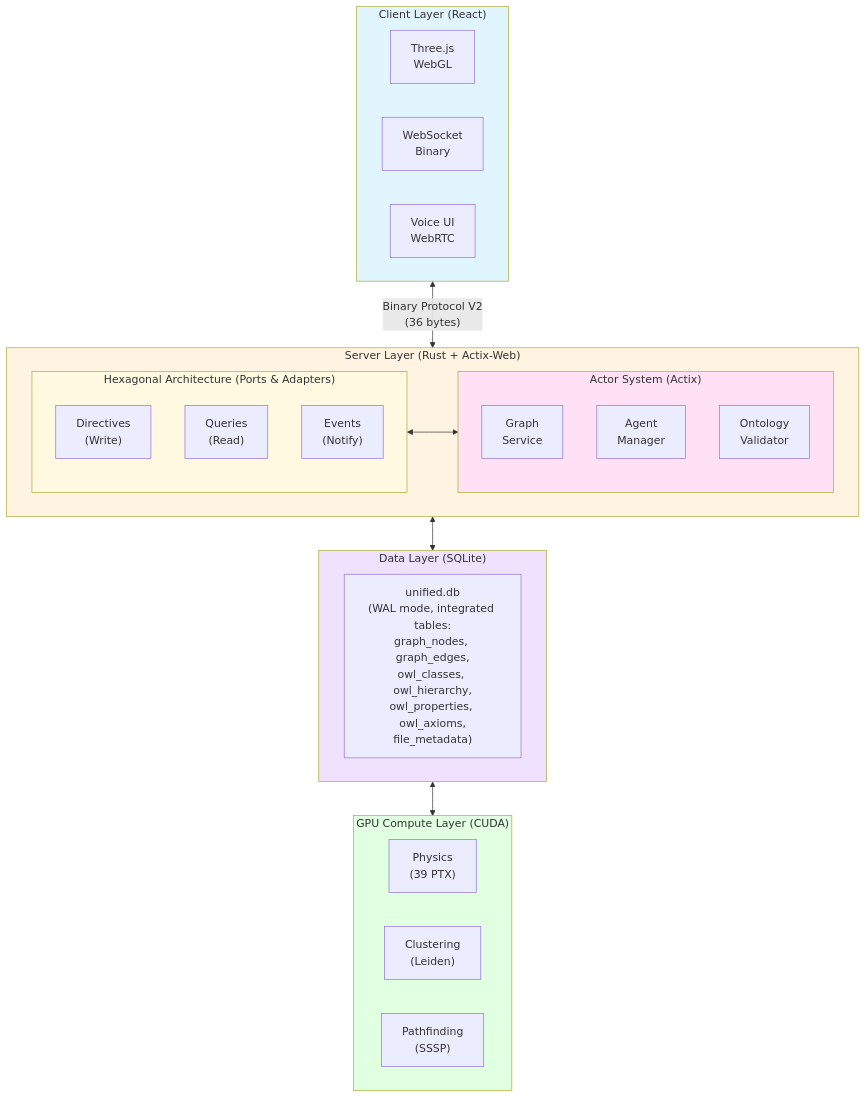
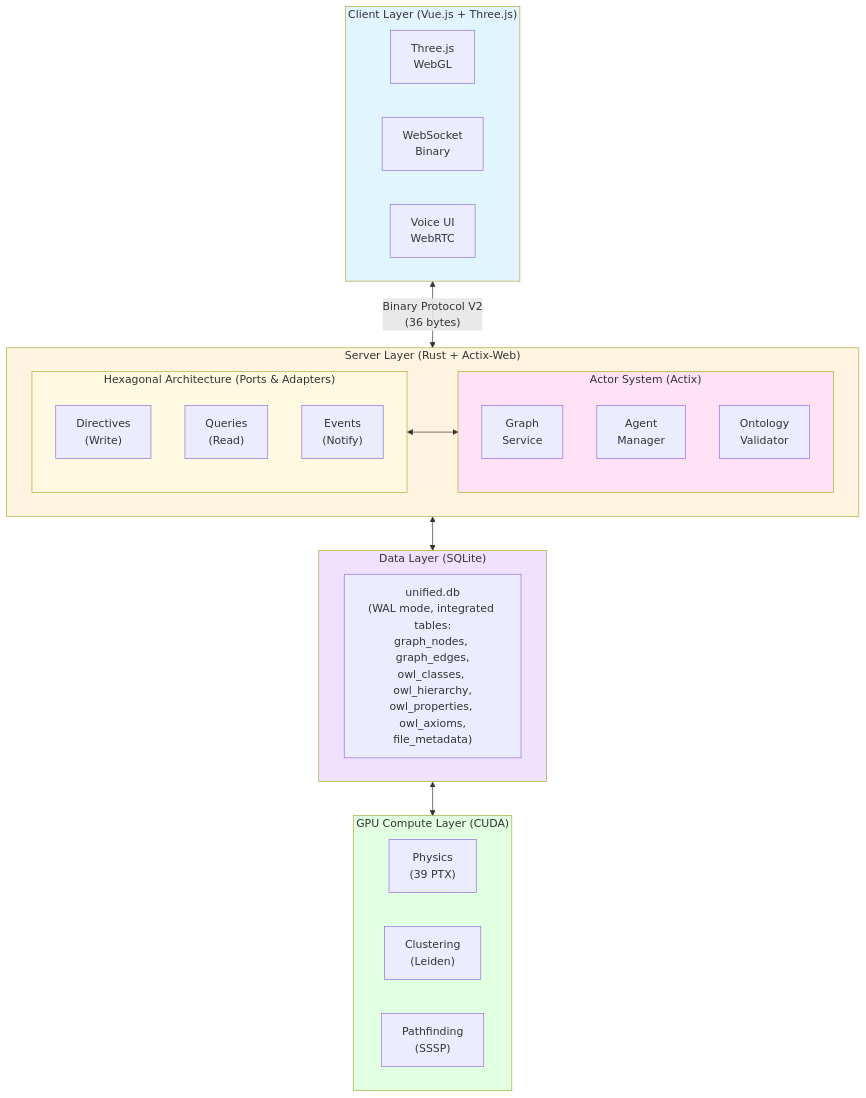
The first of 2 diagrams in README.md (DreamLab-AI/VisionFlow), drawn with Mermaid before and after one commit. The commit also changed other lines of this file and 49 other files, not shown here.

````diff
--- a/README.md
+++ b/README.md
@@ -306,47 +290,47 @@
 ```mermaid
 graph TB
-    subgraph Client["Client Layer (React)"]
+    subgraph Client["Client Layer (Vue.js + Three.js)"]
         ThreeJS["Three.js<br/>WebGL"]
         WS["WebSocket<br/>Binary"]
         Voice["Voice UI<br/>WebRTC"]
     end
 
     Client <-->|"Binary Protocol V2<br/>(36 bytes)"| Server
 
     subgraph Server["Server Layer (Rust + Actix-Web)"]
         subgraph Hexagonal["Hexagonal Architecture (Ports & Adapters)"]
             Directives["Directives<br/>(Write)"]
             Queries["Queries<br/>(Read)"]
             Events["Events<br/>(Notify)"]
         end
 
         subgraph Actors["Actor System (Actix)"]
             GraphService["Graph<br/>Service"]
             AgentMgr["Agent<br/>Manager"]
             OntologyVal["Ontology<br/>Validator"]
         end
 
         Hexagonal <--> Actors
     end
 
     Server <--> Data
 
     subgraph Data["Data Layer (SQLite)"]
         UnifiedDB["unified.db<br/>(WAL mode, integrated tables:<br/>graph_nodes, graph_edges,<br/>owl_classes, owl_hierarchy,<br/>owl_properties, owl_axioms,<br/>file_metadata)"]
     end
 
     Data <--> GPU
 
     subgraph GPU["GPU Compute Layer (CUDA)"]
         Physics["Physics<br/>(39 PTX)"]
         Clustering["Clustering<br/>(Leiden)"]
         Pathfinding["Pathfinding<br/>(SSSP)"]
     end
 
     style Client fill:#e1f5ff
     style Server fill:#fff4e1
     style Data fill:#f0e1ff
     style GPU fill:#e1ffe1
     style Hexagonal fill:#fff9e1
     style Actors fill:#ffe1f5
 ```
````
